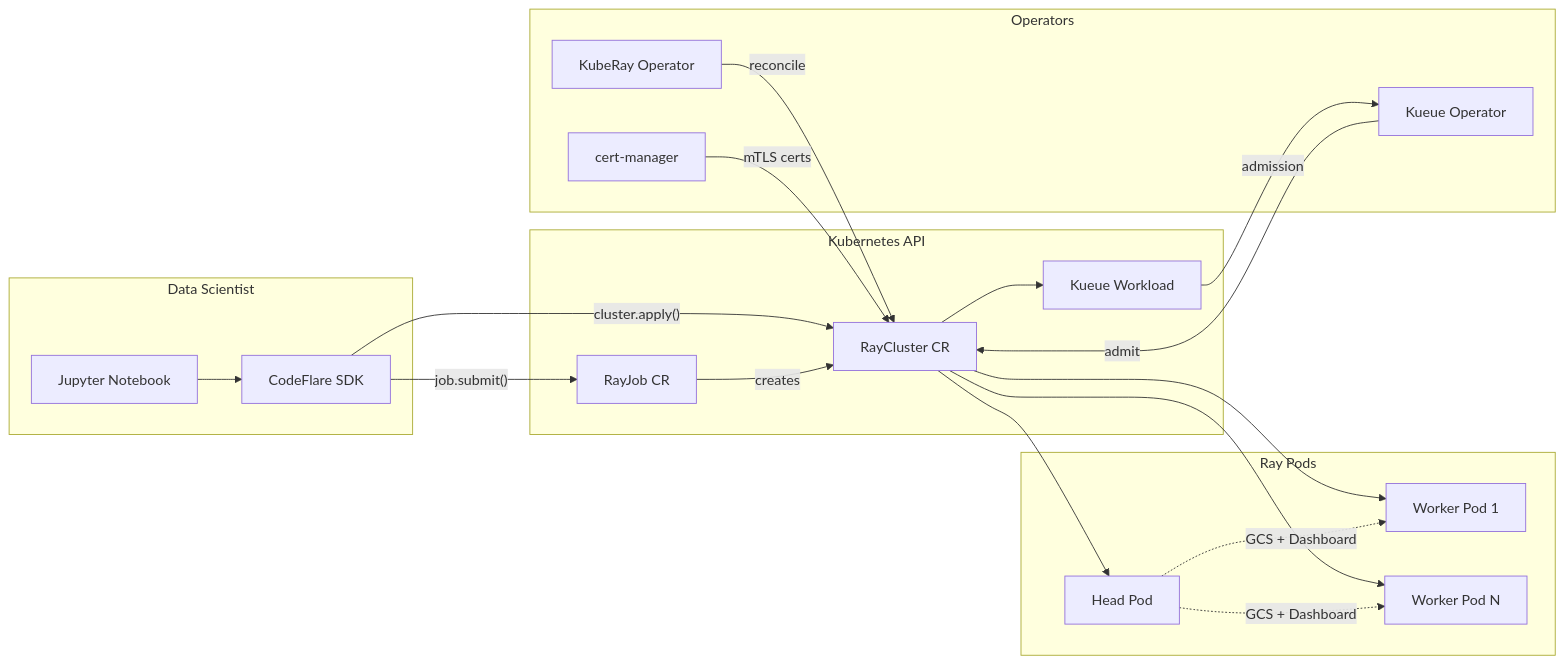
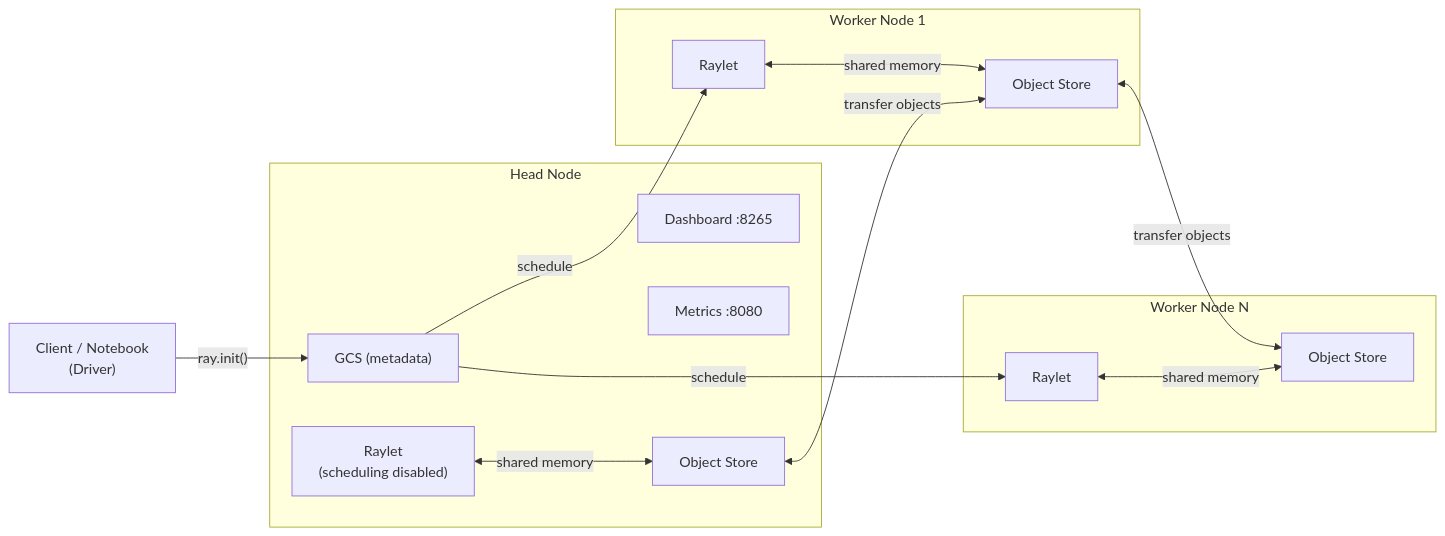
One commit to rrbanda/rhoai-kuberay changed the first of 2 diagrams in docs/01-overview.md. Above: the diagram before and after it, drawn with Mermaid. The commit also changed other lines of this file and 20 other files, not shown here.

````diff
--- a/docs/01-overview.md
+++ b/docs/01-overview.md
@@ -43,40 +45,31 @@
 ```mermaid
 flowchart LR
-    subgraph ds [Data Scientist]
-        NB["Jupyter Notebook"]
-        CF["CodeFlare SDK"]
+    Client["Client / Notebook\n(Driver)"]
+
+    subgraph head [Head Node]
+        GCS["GCS (metadata)"]
+        Dashboard["Dashboard :8265"]
+        Metrics["Metrics :8080"]
+        HeadRaylet["Raylet\n(scheduling disabled)"]
+        HeadObjStore["Object Store"]
     end
 
-    subgraph kube [Kubernetes API]
-        RC["RayCluster CR"]
-        RJ["RayJob CR"]
-        WL["Kueue Workload"]
+    subgraph w1 [Worker Node 1]
+        Raylet1["Raylet"]
+        ObjStore1["Object Store"]
     end
 
-    subgraph operators [Operators]
-        KR["KubeRay Operator"]
-        KQ["Kueue Operator"]
-        CM["cert-manager"]
+    subgraph w2 [Worker Node N]
+        Raylet2["Raylet"]
+        ObjStore2["Object Store"]
     end
 
-    subgraph pods [Ray Pods]
-        H["Head Pod"]
-        W1["Worker Pod 1"]
-        W2["Worker Pod N"]
-    end
-
-    NB --> CF
-    CF -->|"cluster.apply()"| RC
-    CF -->|"job.submit()"| RJ
-    RJ -->|"creates"| RC
-    RC --> WL
-    WL -->|"admission"| KQ
-    KQ -->|"admit"| RC
-    KR -->|"reconcile"| RC
-    CM -->|"mTLS certs"| RC
-    RC --> H
-    RC --> W1
-    RC --> W2
-    H -.->|"GCS + Dashboard"| W1
-    H -.->|"GCS + Dashboard"| W2
+    Client -->|"ray.init()"| GCS
+    GCS -->|"schedule"| Raylet1
+    GCS -->|"schedule"| Raylet2
+    HeadRaylet <-->|"shared memory"| HeadObjStore
+    Raylet1 <-->|"shared memory"| ObjStore1
+    Raylet2 <-->|"shared memory"| ObjStore2
+    ObjStore1 <-->|"transfer objects"| ObjStore2
+    HeadObjStore <-->|"transfer objects"| ObjStore1
 ```
````
